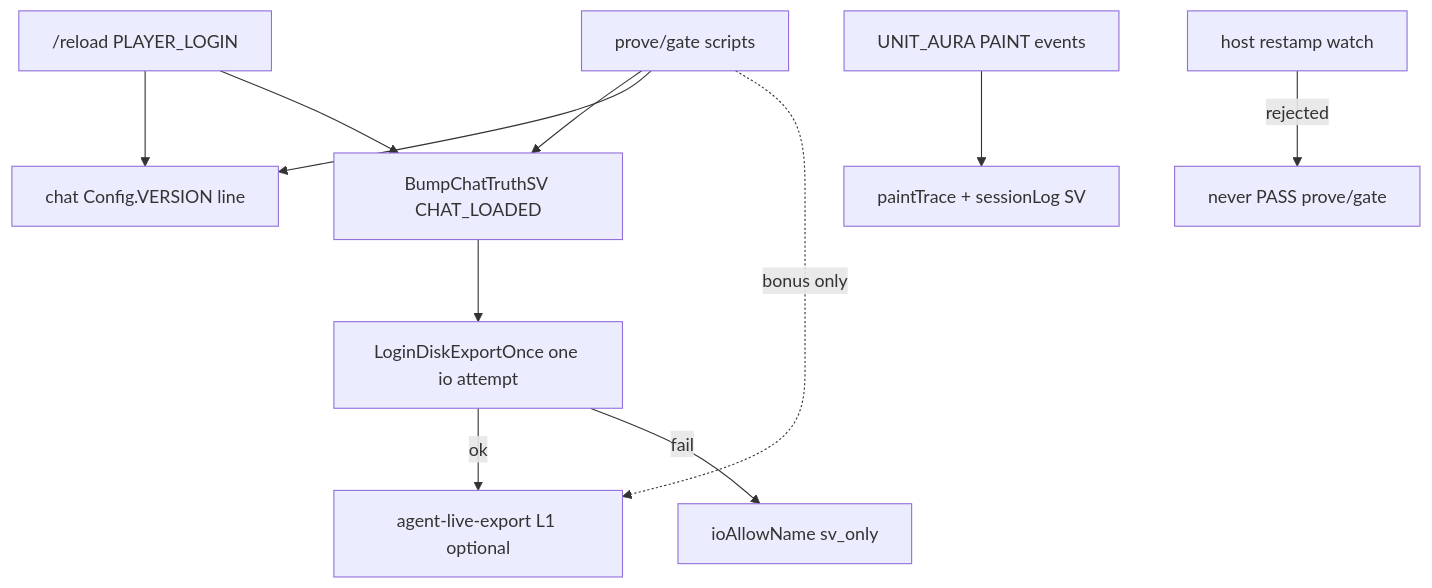
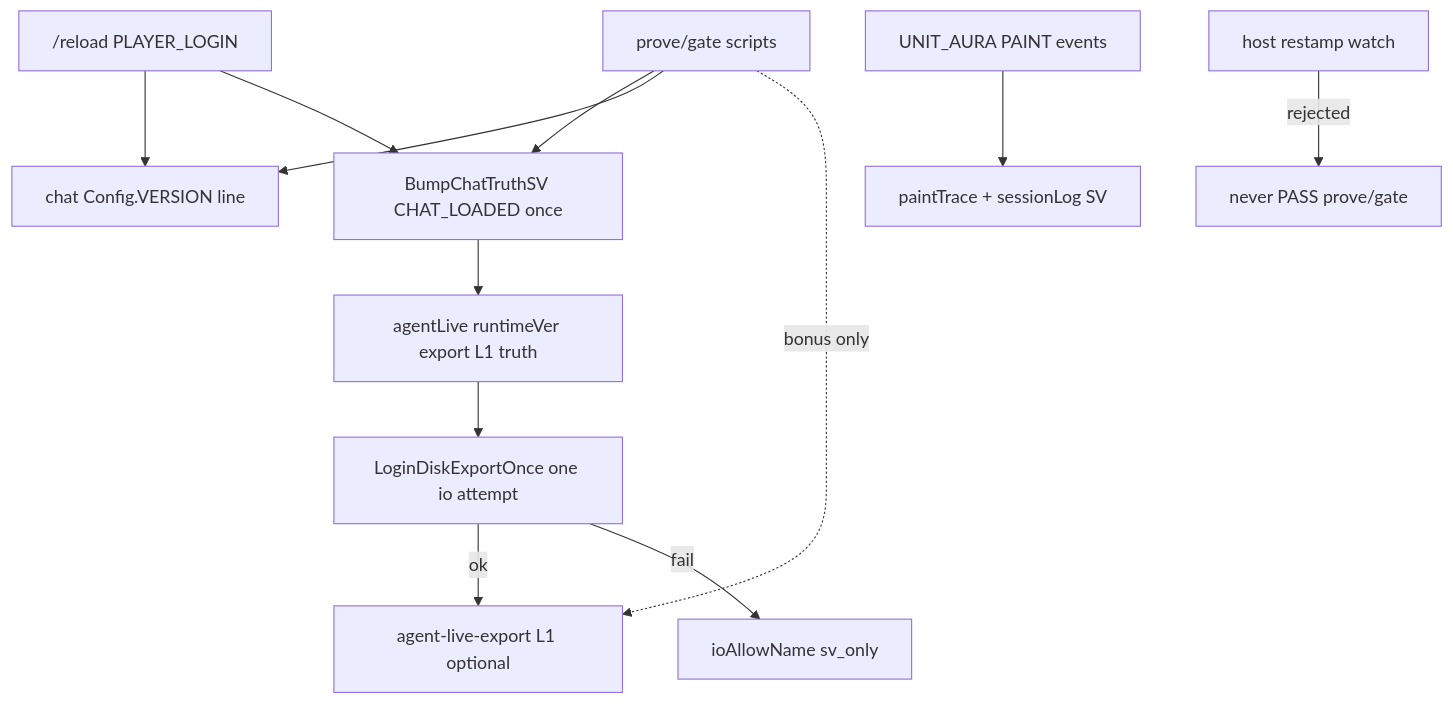
The first of 4 diagrams in addons/Plateband/Docs/loops.md (sirTurbisCZ/wow-forever-addons), drawn with Mermaid before and after one commit. The commit also changed other lines of this file and 5 other files, not shown here.

First line of the commit message:
Plateband 0.3.29: chat truth matches loaded ver; SV sync on CHAT_LOADED

````diff
--- a/addons/Plateband/Docs/loops.md
+++ b/addons/Plateband/Docs/loops.md
@@ -7,13 +7,14 @@
 ```mermaid
 flowchart TD
   reload["/reload PLAYER_LOGIN"] --> chat[chat Config.VERSION line]
-  reload --> sv[BumpChatTruthSV CHAT_LOADED]
-  sv --> once[LoginDiskExportOnce one io attempt]
+  reload --> sv[BumpChatTruthSV CHAT_LOADED once]
+  sv --> syncSv[agentLive runtimeVer export L1 truth]
+  syncSv --> once[LoginDiskExportOnce one io attempt]
   once -->|ok| disk[agent-live-export L1 optional]
   once -->|fail| svonly[ioAllowName sv_only]
   paint[UNIT_AURA PAINT events] --> ring[paintTrace + sessionLog SV]
   host[host restamp watch] -->|rejected| x[never PASS prove/gate]
   prove[prove/gate scripts] --> sv
   prove --> chat
   prove -.->|bonus only| disk
 ```
````
